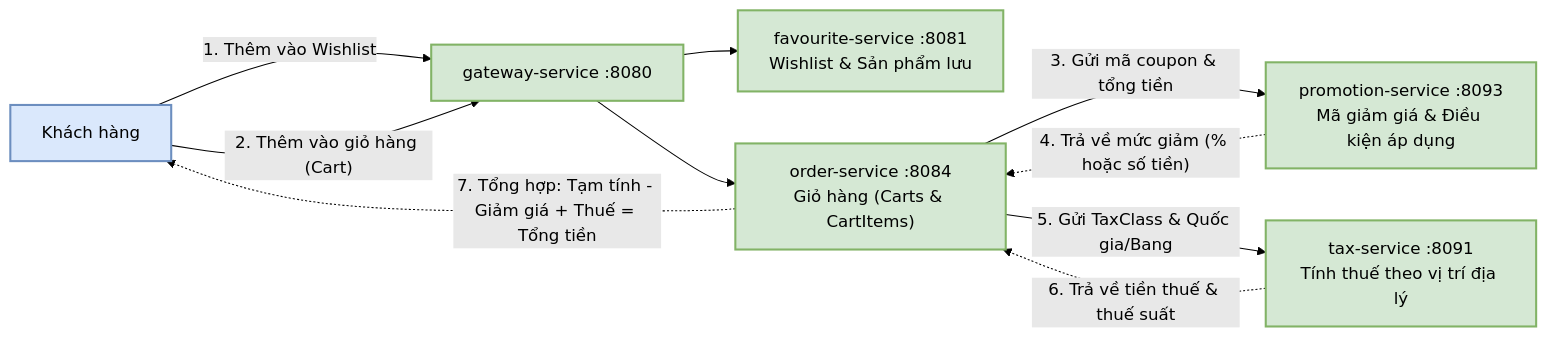
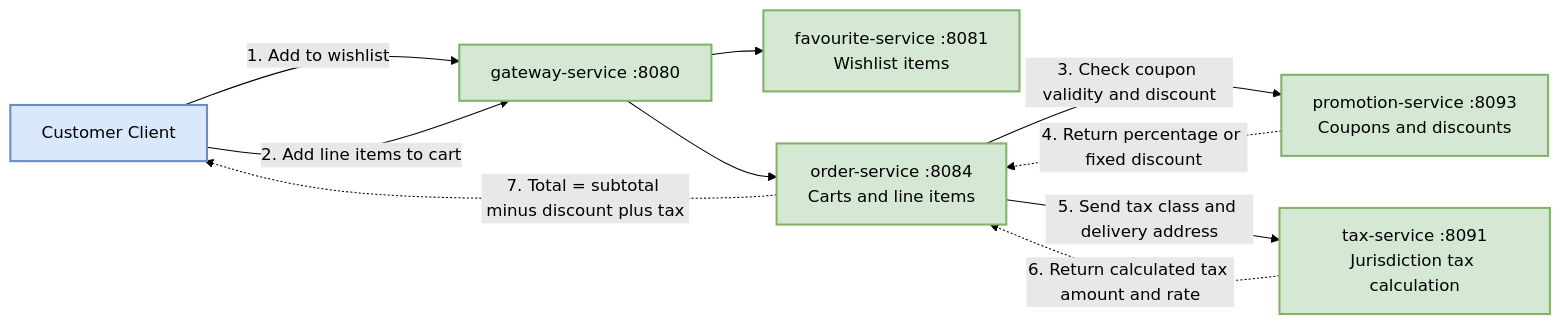
The fifth of 10 diagrams in README.md (tonminhce/petproject), drawn with Mermaid (forest theme) before and after one commit. The commit also changed other lines of this file and 77 other files, not shown here.

````diff
--- a/README.md
+++ b/README.md
@@ -303,20 +303,20 @@
 ```mermaid
 flowchart LR
     classDef client fill:#dae8fc,stroke:#6c8ebf,stroke-width:2px,color:#000000;
     classDef service fill:#d5e8d4,stroke:#82b366,stroke-width:2px,color:#000000;
 
-    USER["Khách hàng"]:::client
+    USER["Customer Client"]:::client
     GW["gateway-service :8080"]:::service
-    FAV["favourite-service :8081<br/>Wishlist & Sản phẩm lưu"]:::service
-    CART["order-service :8084<br/>Giỏ hàng (Carts & CartItems)"]:::service
-    PROMO["promotion-service :8093<br/>Mã giảm giá & Điều kiện áp dụng"]:::service
-    TAX["tax-service :8091<br/>Tính thuế theo vị trí địa lý"]:::service
+    FAV["favourite-service :8081<br/>Wishlist items"]:::service
+    CART["order-service :8084<br/>Carts and line items"]:::service
+    PROMO["promotion-service :8093<br/>Coupons and discounts"]:::service
+    TAX["tax-service :8091<br/>Jurisdiction tax calculation"]:::service
 
-    USER -->|"1. Thêm vào Wishlist"| GW --> FAV
-    USER -->|"2. Thêm vào giỏ hàng (Cart)"| GW --> CART
-    CART -->|"3. Gửi mã coupon & tổng tiền"| PROMO
-    PROMO -.->|"4. Trả về mức giảm (% hoặc số tiền)"| CART
-    CART -->|"5. Gửi TaxClass & Quốc gia/Bang"| TAX
-    TAX -.->|"6. Trả về tiền thuế & thuế suất"| CART
-    CART -.->|"7. Tổng hợp: Tạm tính - Giảm giá + Thuế = Tổng tiền"| USER
+    USER -->|"1. Add to wishlist"| GW --> FAV
+    USER -->|"2. Add line items to cart"| GW --> CART
+    CART -->|"3. Check coupon validity and discount"| PROMO
+    PROMO -.->|"4. Return percentage or fixed discount"| CART
+    CART -->|"5. Send tax class and delivery address"| TAX
+    TAX -.->|"6. Return calculated tax amount and rate"| CART
+    CART -.->|"7. Total = subtotal minus discount plus tax"| USER
 ```
````
